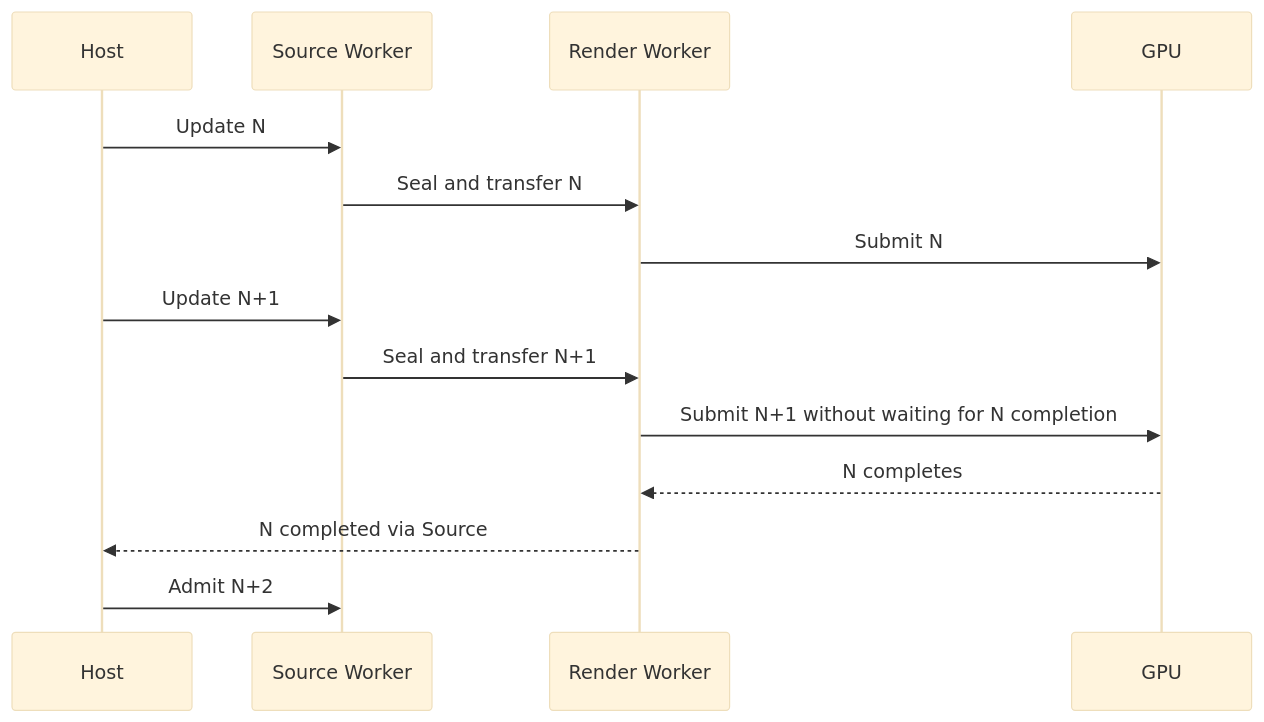
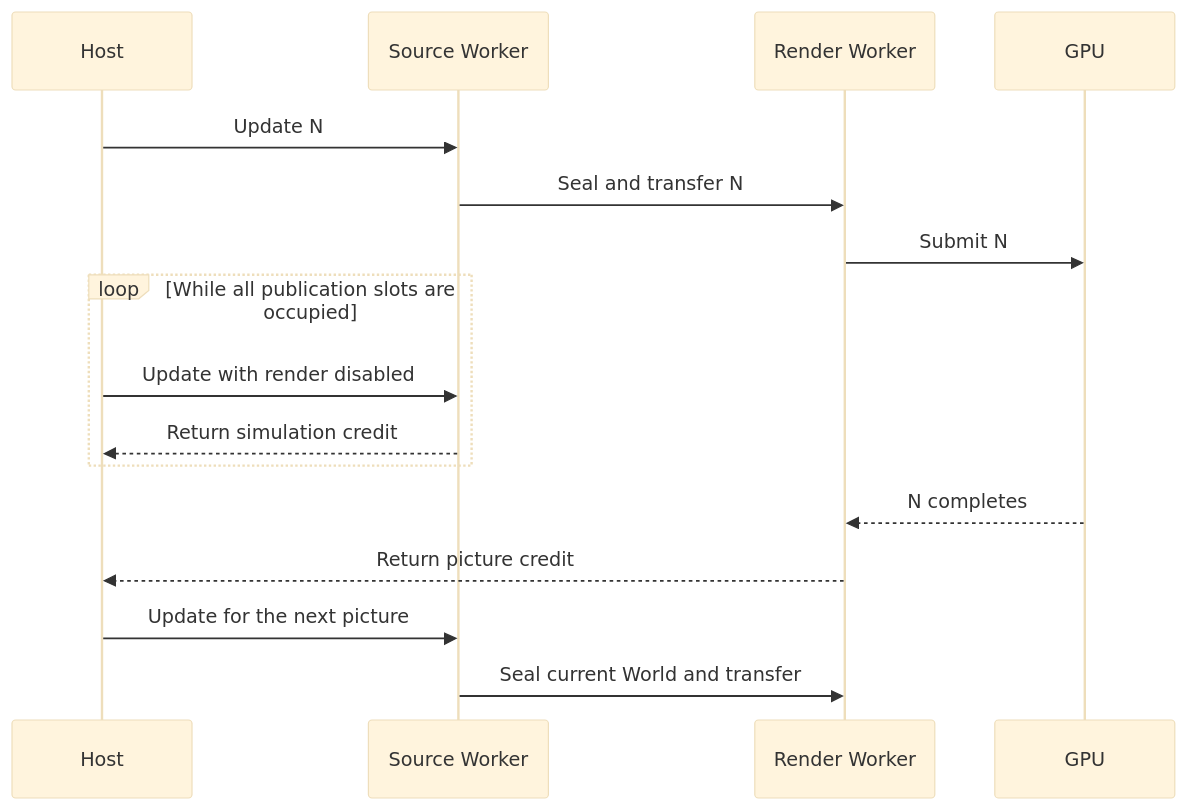
Before and after one commit to ForgeAX/forgeax-engine: the diagram in packages/app/README.md, drawn with Mermaid (base theme). The commit also changed other lines of this file and 1280 other files, not shown here.

````diff
--- a/packages/app/README.md
+++ b/packages/app/README.md
@@ -913,16 +948,18 @@
 ```mermaid
 sequenceDiagram
     participant H as Host
     participant S as Source Worker
     participant R as Render Worker
     participant G as GPU
     H->>S: Update N
     S->>R: Seal and transfer N
     R->>G: Submit N
-    H->>S: Update N+1
-    S->>R: Seal and transfer N+1
-    R->>G: Submit N+1 without waiting for N completion
+    loop While all publication slots are occupied
+        H->>S: Update with render disabled
+        S-->>H: Return simulation credit
+    end
     G-->>R: N completes
-    R-->>H: N completed via Source
-    H->>S: Admit N+2
+    R-->>H: Return picture credit
+    H->>S: Update for the next picture
+    S->>R: Seal current World and transfer
 ```
````
